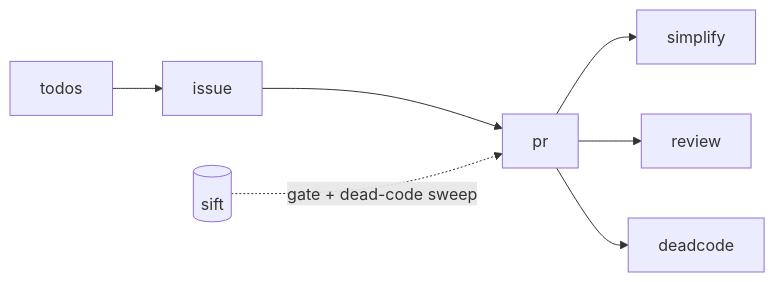
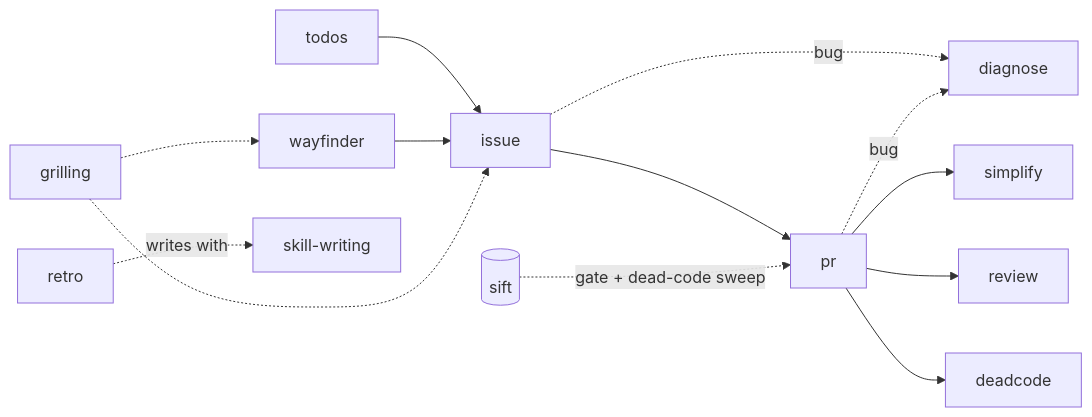
One commit to cjber/skills changed the diagram in README.md. Above: the diagram before and after it, drawn with Mermaid. The commit also changed other lines of this file and 16 other files, not shown here.

First line of the commit message:
feat: add diagnose, retro, wayfinder, handoff, skill-writing and grilling (#14)

````diff
--- a/README.md
+++ b/README.md
@@ -18,6 +24,10 @@
 ```mermaid
 flowchart LR
     T[todos] --> I[issue] --> P[pr]
+    W[wayfinder] --> I
+    G[grilling] -.-> W & I
+    I & P -. bug .-> DG[diagnose]
     P --> S[simplify] & R[review] & D[deadcode]
+    RT[retro] -. writes with .-> SW[skill-writing]
     X[(sift)] -. gate + dead-code sweep .-> P
 ```
````
